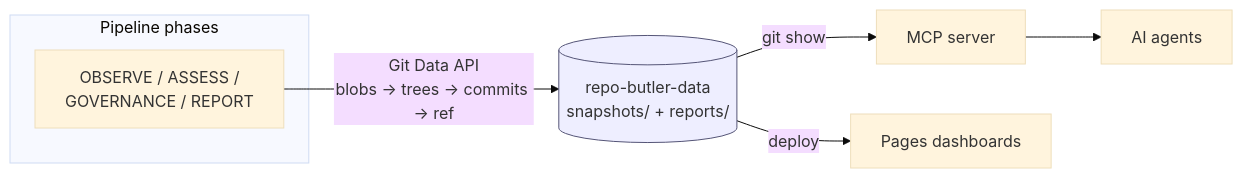
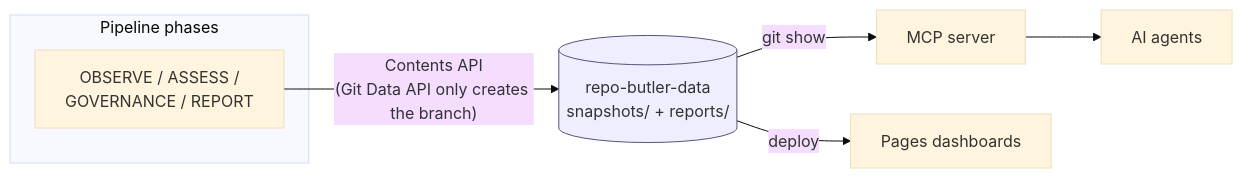
One commit to IsmaelMartinez/repo-butler changed the fourth of 5 diagrams in docs/architecture.md. Above: the diagram before and after it, drawn with Mermaid (base theme). The commit also changed other lines of this file, not shown here.

````diff
--- a/docs/architecture.md
+++ b/docs/architecture.md
@@ -150,13 +157,13 @@
 ```mermaid
 flowchart LR
     subgraph Pipeline["Pipeline phases"]
         wr["OBSERVE / ASSESS /<br/>GOVERNANCE / REPORT"]
     end
-    wr -- "Git Data API<br/>blobs → trees → commits → ref" --> DB[("repo-butler-data<br/>snapshots/ + reports/")]
+    wr -- "Contents API<br/>(Git Data API only creates the branch)" --> DB[("repo-butler-data<br/>snapshots/ + reports/")]
     DB -- "git show" --> MCP["MCP server"]
     DB -- "deploy" --> PG["Pages dashboards"]
     MCP --> AG["AI agents"]
 
     classDef store fill:#eef,stroke:#557;
     class DB store;
 ```
````
